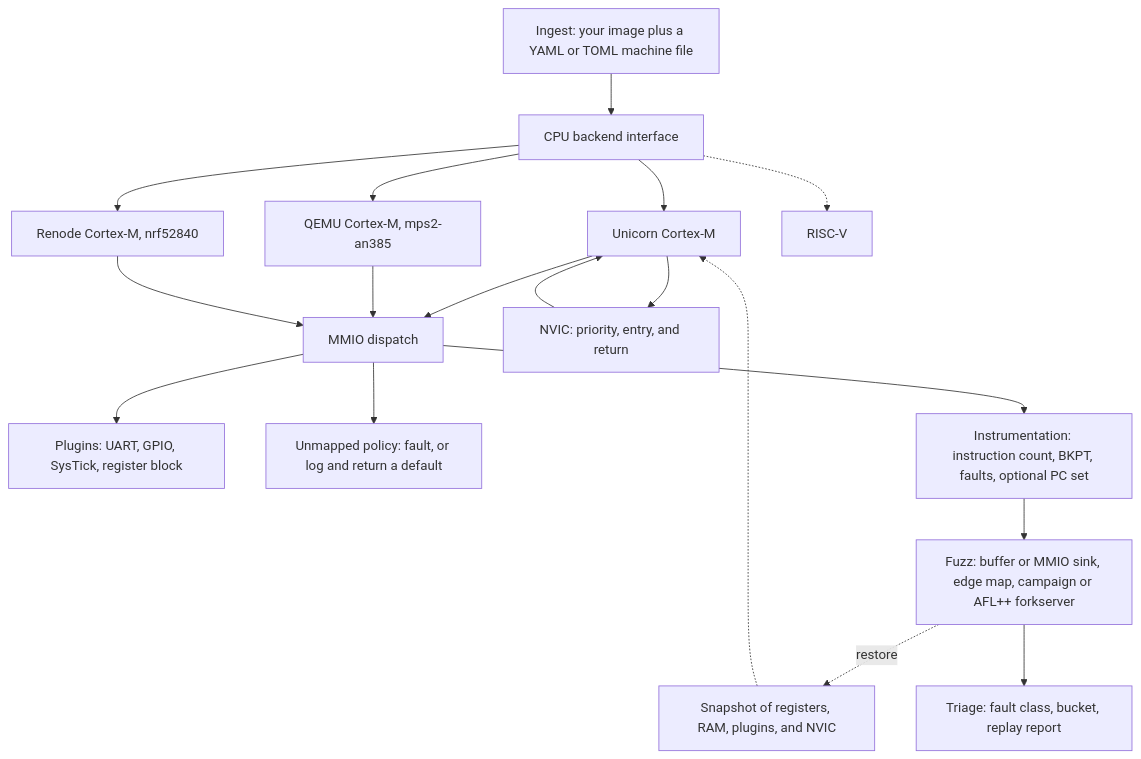
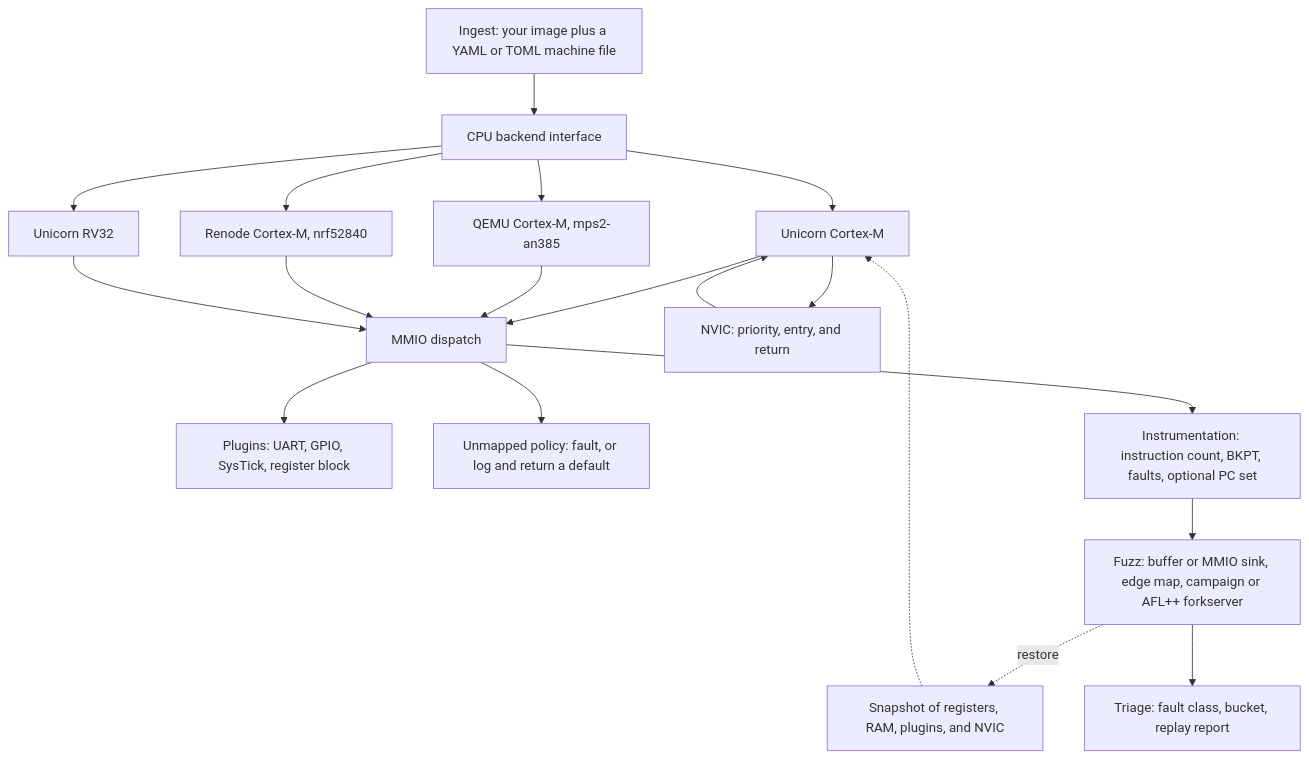
The diagram in README.md (c0re-i5/jig), drawn with Mermaid before and after one commit. The commit also changed other lines of this file and 22 other files, not shown here.

First line of the commit message:
Add a Unicorn RV32 backend on CpuBackend (#15)

````diff
--- a/README.md
+++ b/README.md
@@ -61,35 +61,36 @@
 ```mermaid
 flowchart TD
   ingest["Ingest: your image plus a YAML or TOML machine file"]
   cpu["CPU backend interface"]
   uni["Unicorn Cortex-M"]
   qemu["QEMU Cortex-M, mps2-an385"]
   renode["Renode Cortex-M, nrf52840"]
-  later["RISC-V"]
+  rv["Unicorn RV32"]
   mmio["MMIO dispatch"]
   plugs["Plugins: UART, GPIO, SysTick, register block"]
   unmapped["Unmapped policy: fault, or log and return a default"]
   inst["Instrumentation: instruction count, BKPT, faults, optional PC set"]
   fuzz["Fuzz: buffer or MMIO sink, edge map, campaign or AFL++ forkserver"]
   nvic["NVIC: priority, entry, and return"]
   snap["Snapshot of registers, RAM, plugins, and NVIC"]
   triage["Triage: fault class, bucket, replay report"]
 
   ingest --> cpu
   cpu --> uni
   cpu --> qemu
   cpu --> renode
-  cpu -.-> later
+  cpu --> rv
   uni --> nvic
   nvic --> uni
   uni --> mmio
   qemu --> mmio
   renode --> mmio
+  rv --> mmio
   mmio --> plugs
   mmio --> unmapped
   mmio --> inst
   inst --> fuzz
   fuzz --> triage
   fuzz -.->|restore| snap
   snap -.-> uni
 ```
````
